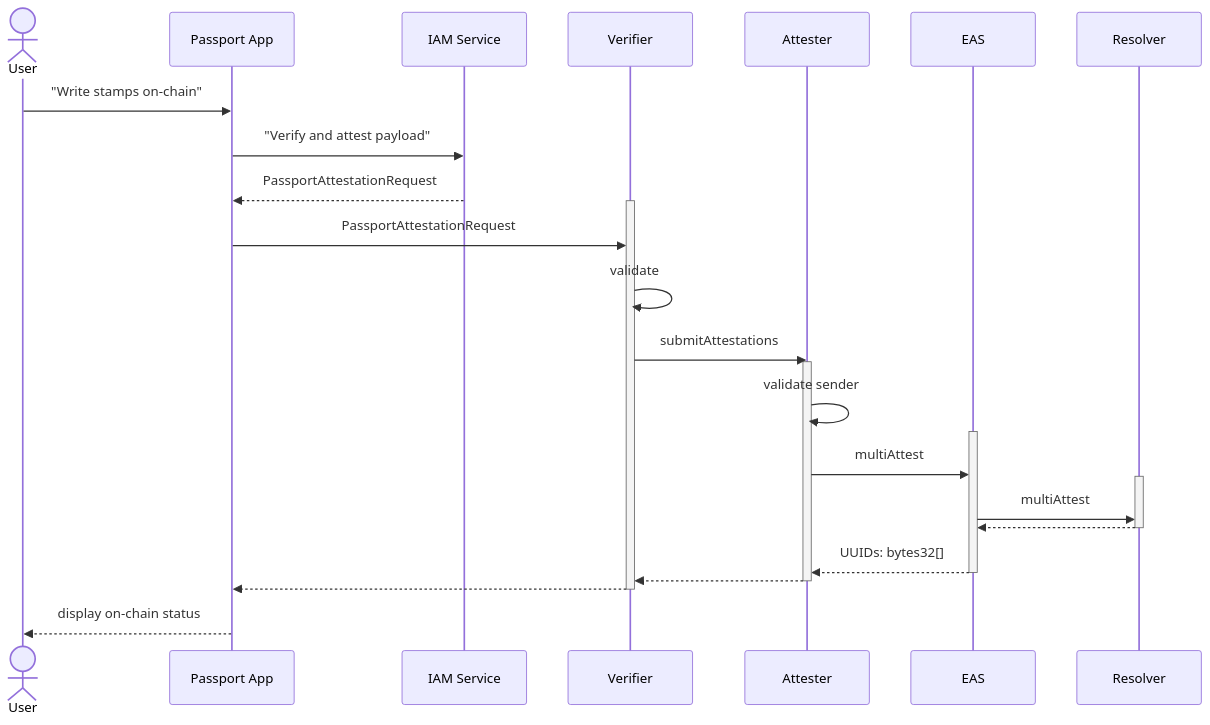
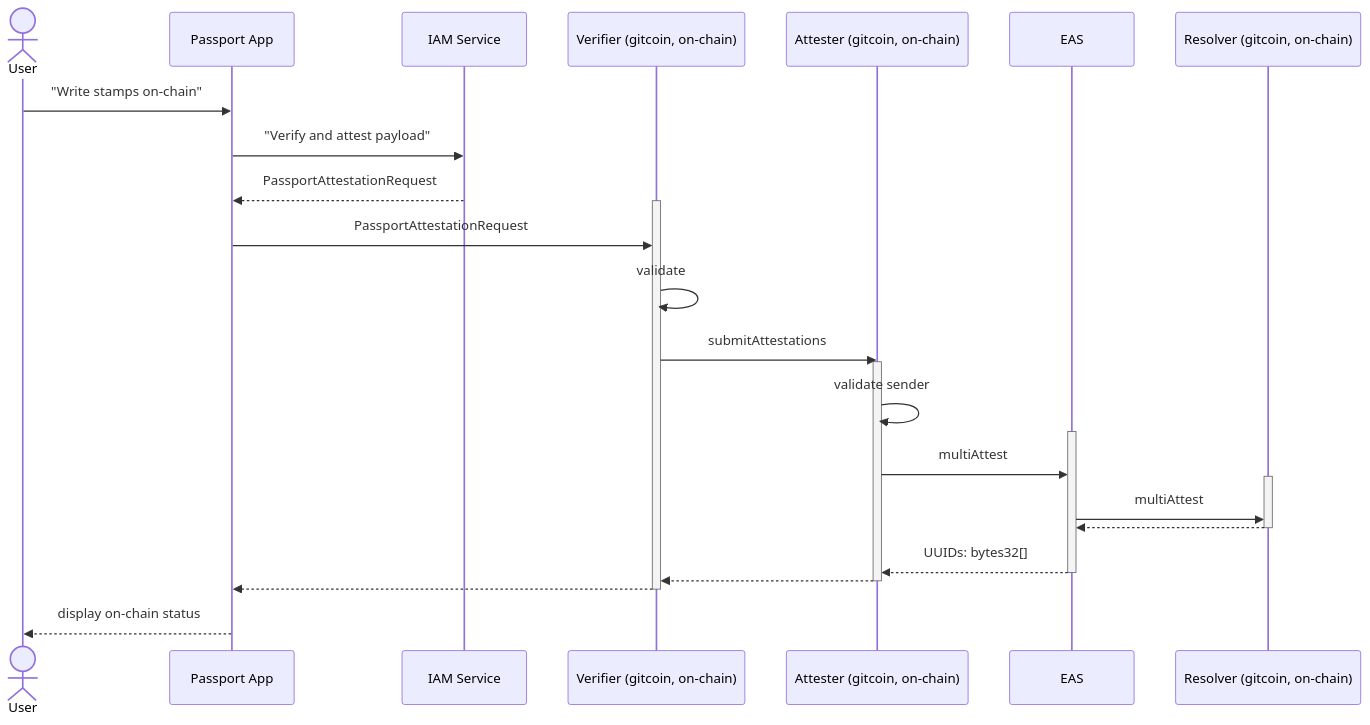
The diagram in docs/on_chain.md (passportxyz/passport), drawn with Mermaid before and after one commit. The commit also changed other lines of this file, not shown here.

````diff
--- a/docs/on_chain.md
+++ b/docs/on_chain.md
@@ -11,33 +23,33 @@
 ```mermaid
 sequenceDiagram
     actor User
-    participant Passport App
-    participant IAM Service
-    participant Verifier
-    participant Attester
+    participant App as Passport App
+    participant IAM as IAM Service
+    participant Verifier as Verifier (gitcoin, on-chain)
+    participant Attester as Attester (gitcoin, on-chain)
     participant EAS
-    participant Resolver
+    participant Resolver as Resolver (gitcoin, on-chain)
 
-    User->>Passport App: "Write stamps on-chain"
-    Passport App->>IAM Service: "Verify and attest payload"
-    IAM Service-->>Passport App: PassportAttestationRequest
+    User->>App: "Write stamps on-chain"
+    App->>IAM: "Verify and attest payload"
+    IAM-->>App: PassportAttestationRequest
     activate Verifier
-    Passport App->>Verifier: PassportAttestationRequest
+    App->>Verifier: PassportAttestationRequest
     Verifier->>Verifier : validate
     Verifier->>Attester : submitAttestations
     activate Attester
     Attester->>Attester : validate sender
     activate EAS
     Attester->>EAS : multiAttest
     activate Resolver
     EAS->>Resolver : multiAttest
     Resolver-->>EAS : 
     deactivate Resolver
     EAS-->>Attester : UUIDs: bytes32[]
     deactivate EAS
     Attester-->>Verifier : 
     deactivate Attester
-    Verifier-->>Passport App : 
+    Verifier-->>App : 
     deactivate Verifier
-    Passport App-->>User : display on-chain status
+    App-->>User : display on-chain status
 ```
````
